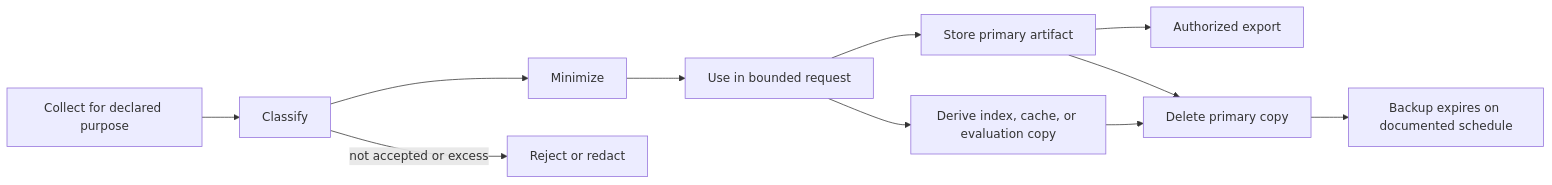
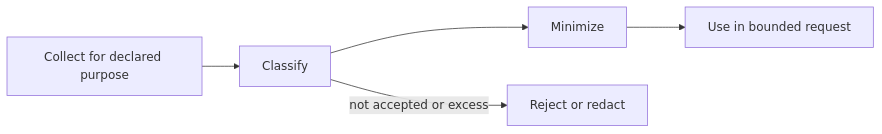
The second of 4 diagrams in modules/06-security-safety-governance/chapters/26-identity-privacy-content-safety.md (VikrantSingh01/Agentic_System_Design), drawn with Mermaid before and after one commit. The commit also changed other lines of this file and 3 other files, not shown here.

Commit message:
Improve Module 6 diagram accessibility

````diff
--- a/modules/06-security-safety-governance/chapters/26-identity-privacy-content-safety.md
+++ b/modules/06-security-safety-governance/chapters/26-identity-privacy-content-safety.md
@@ -88,13 +89,7 @@
 ```mermaid
 flowchart LR
     C[Collect for declared purpose] --> K[Classify]
     K --> M[Minimize]
     M --> U[Use in bounded request]
-    U --> S[Store primary artifact]
-    U --> D[Derive index, cache, or evaluation copy]
-    S --> X[Authorized export]
-    S --> Q[Delete primary copy]
-    D --> Q
-    Q --> B[Backup expires on documented schedule]
     K -->|not accepted or excess| R[Reject or redact]
 ```
````
